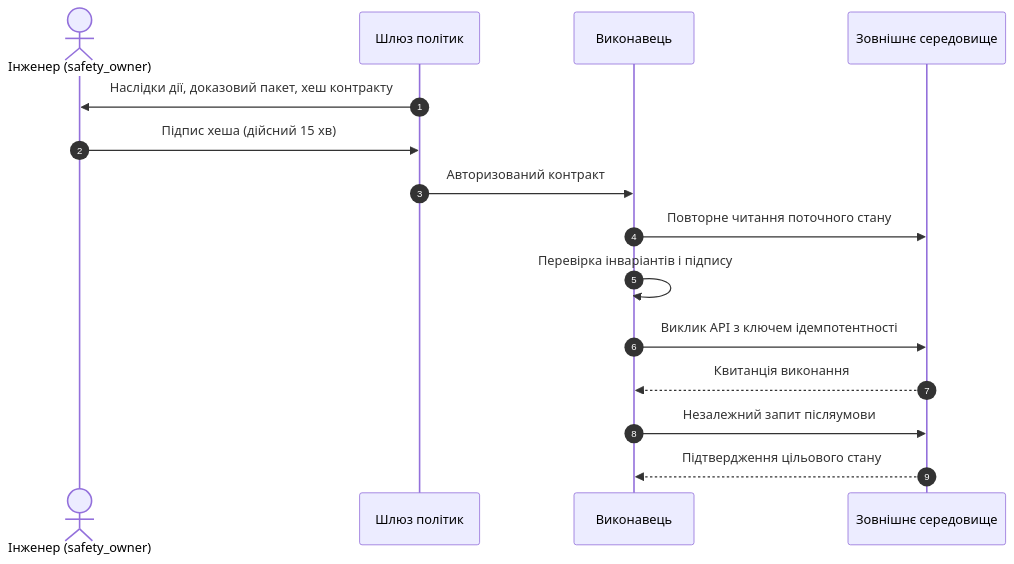
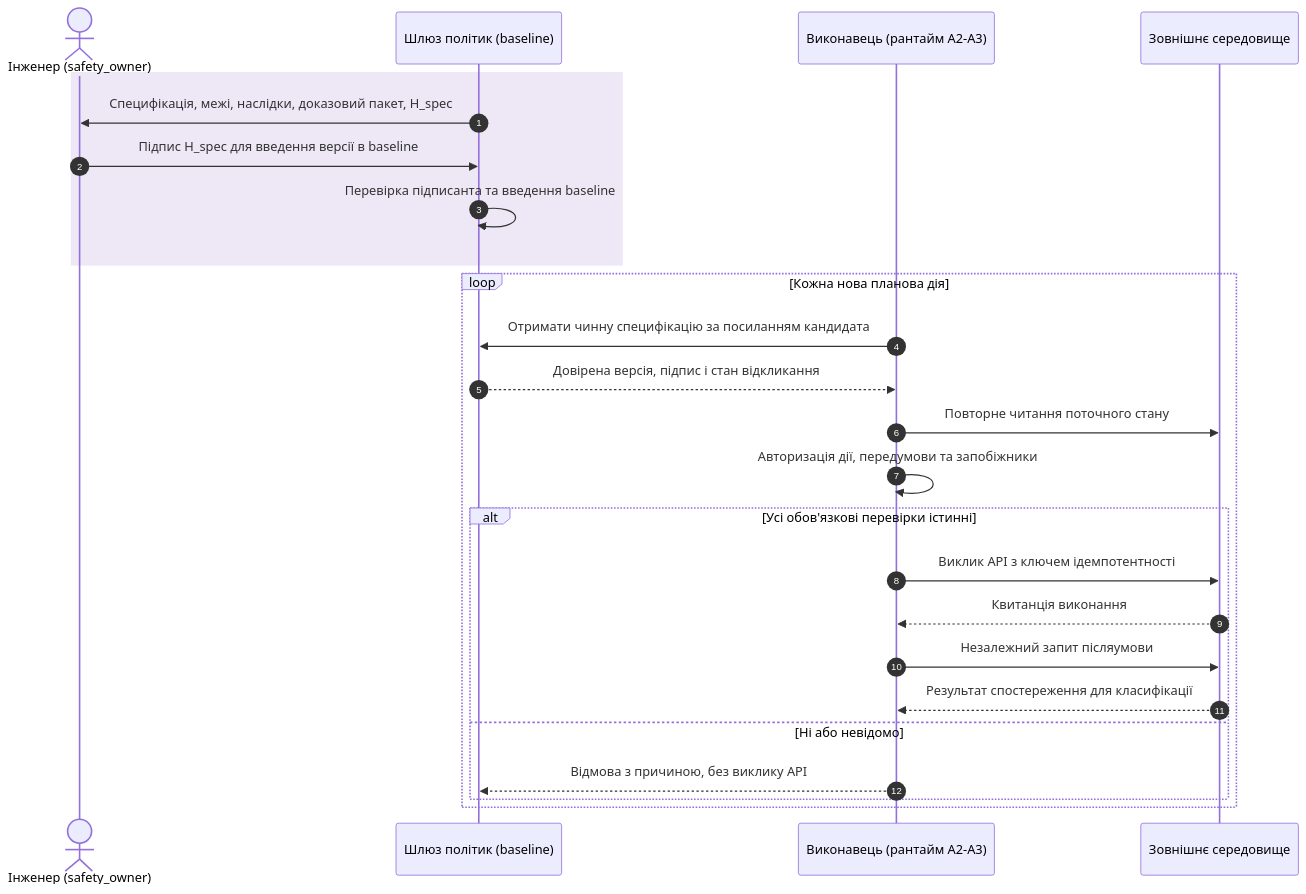
The fourth of 6 diagrams in ExpertSystem/ch21-from-recommendation-to-action.md (nick-fedchik/articles), drawn with Mermaid before and after one commit. The commit also changed other lines of this file and 375 other files, not shown here.

````diff
--- a/ExpertSystem/ch21-from-recommendation-to-action.md
+++ b/ExpertSystem/ch21-from-recommendation-to-action.md
@@ -281,21 +347,31 @@
 ```mermaid
 sequenceDiagram
-    accTitle: Протокол схвалення дії людиною
-    accDescr: Шлюз політик показує інженерові наслідки дії й хеш контракту, інженер підписує хеш з обмеженим часом дії, виконавець повторно читає стан середовища, перевіряє інваріанти й підпис, виконує виклик із ключем ідемпотентності й незалежно перевіряє післяумову.
+    accTitle: Протокол затвердження специфікації людиною та виконання дії
+    accDescr: Людина підписує специфікацію лише під час введення baseline. Для кожної наступної планової дії виконавець окремо перевіряє чинність цього baseline, межі й поточний стан; новий підпис на дію не запитується, а невідповідність блокує виклик.
 
     autonumber
     actor H as Інженер (safety_owner)
-    participant Gate as Шлюз політик
-    participant Exec as Виконавець
+    participant Gate as Шлюз політик (baseline)
+    participant Exec as Виконавець (рантайм A2-A3)
     participant Env as Зовнішнє середовище
 
-    Gate->>H: Наслідки дії, доказовий пакет, хеш контракту
-    H->>Gate: Підпис хеша (дійсний 15 хв)
-    Gate->>Exec: Авторизований контракт
-    Exec->>Env: Повторне читання поточного стану
-    Exec->>Exec: Перевірка інваріантів і підпису
-    Exec->>Env: Виклик API з ключем ідемпотентності
-    Env-->>Exec: Квитанція виконання
-    Exec->>Env: Незалежний запит післяумови
-    Env-->>Exec: Підтвердження цільового стану
+    rect rgb(237, 231, 246)
+        Gate->>H: Специфікація, межі, наслідки, доказовий пакет, H_spec
+        H->>Gate: Підпис H_spec для введення версії в baseline
+        Gate->>Gate: Перевірка підписанта та введення baseline
+    end
+    loop Кожна нова планова дія
+        Exec->>Gate: Отримати чинну специфікацію за посиланням кандидата
+        Gate-->>Exec: Довірена версія, підпис і стан відкликання
+        Exec->>Env: Повторне читання поточного стану
+        Exec->>Exec: Авторизація дії, передумови та запобіжники
+        alt Усі обов'язкові перевірки істинні
+            Exec->>Env: Виклик API з ключем ідемпотентності
+            Env-->>Exec: Квитанція виконання
+            Exec->>Env: Незалежний запит післяумови
+            Env-->>Exec: Результат спостереження для класифікації
+        else Ні або невідомо
+            Exec-->>Gate: Відмова з причиною, без виклику API
+        end
+    end
 ```
````
